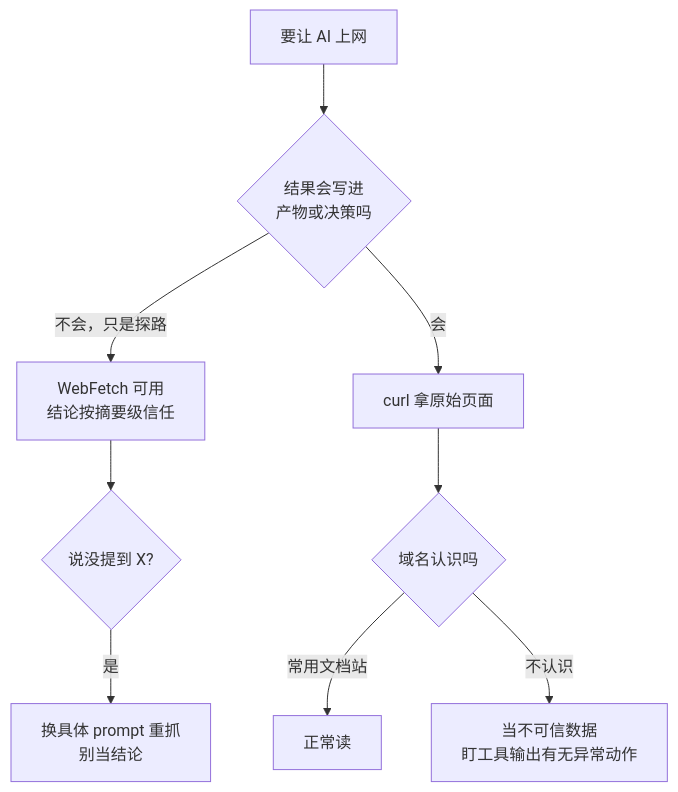
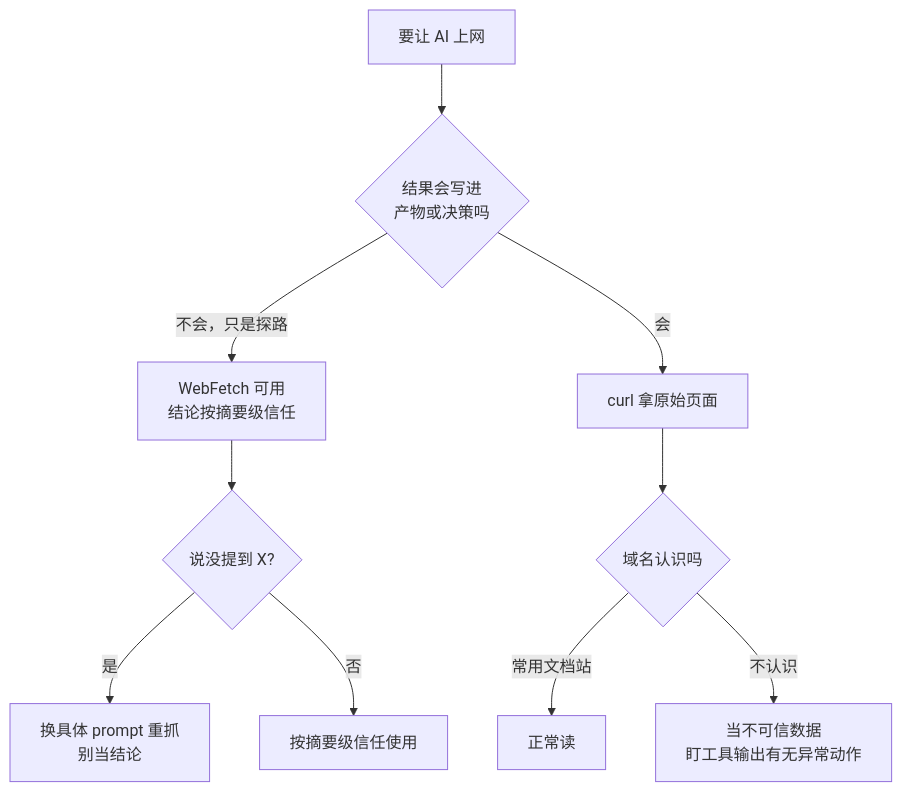
One commit to BigKunLun/AI-Coding-Playbook changed the diagram in 09-工具可靠性/084-AI上网查回来的东西能信吗.md. Above: the diagram before and after it, drawn with Mermaid. The commit also changed other lines of this file and 40 other files, not shown here.

````diff
--- a/09-工具可靠性/084-AI上网查回来的东西能信吗.md
+++ b/09-工具可靠性/084-AI上网查回来的东西能信吗.md
@@ -15,11 +15,12 @@
 ```mermaid
 flowchart TD
     A[要让 AI 上网] --> B{结果会写进<br/>产物或决策吗}
     B -->|不会，只是探路| C[WebFetch 可用<br/>结论按摘要级信任]
     B -->|会| D[curl 拿原始页面]
     D --> E{域名认识吗}
     E -->|常用文档站| F[正常读]
     E -->|不认识| G[当不可信数据<br/>盯工具输出有无异常动作]
     C --> H{说没提到 X?}
     H -->|是| I[换具体 prompt 重抓<br/>别当结论]
+    H -->|否| J[按摘要级信任使用]
 ```
````
